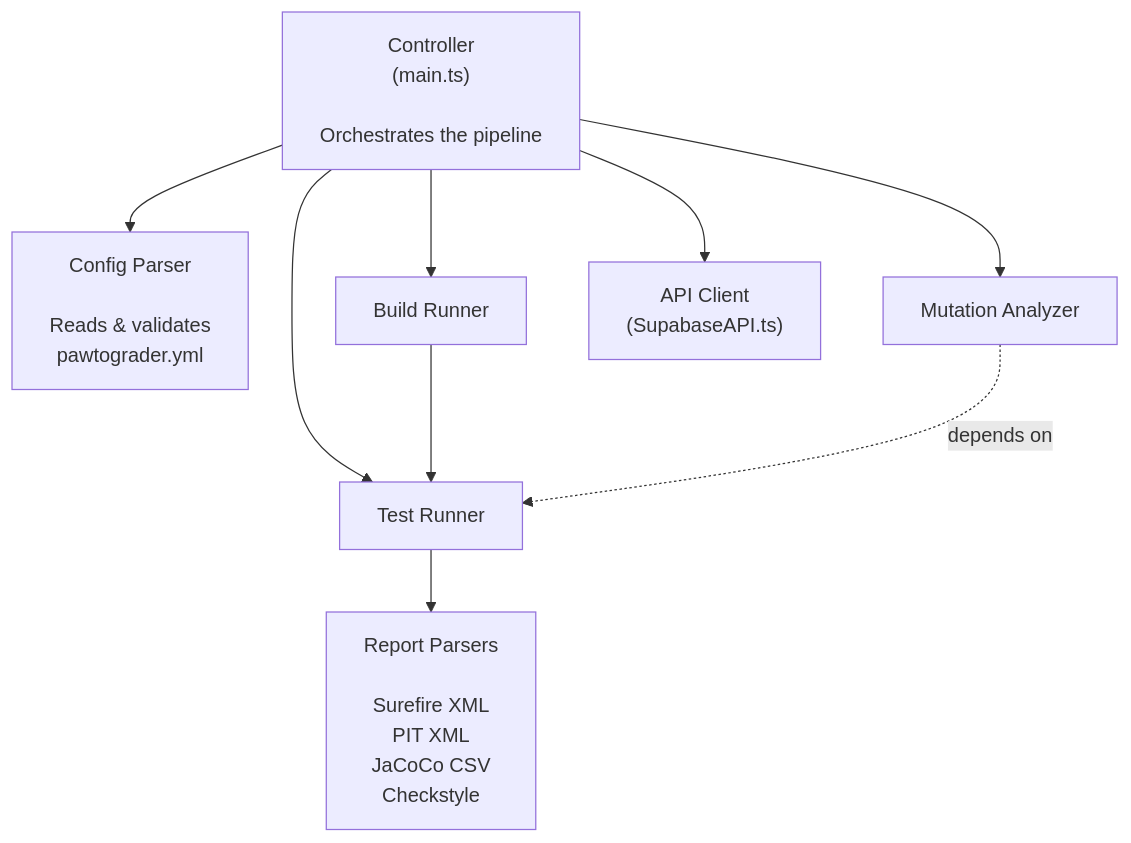
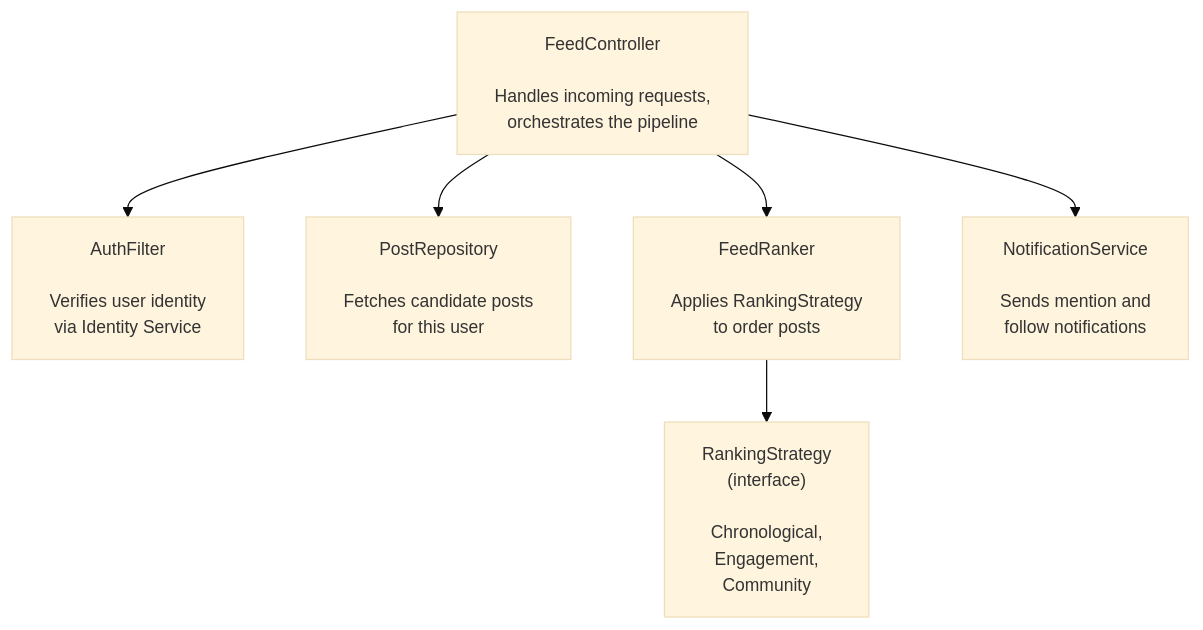
Before and after one commit to neu-pdi/cs3100-public-resources: the seventh of 8 diagrams in lecture-slides-spertus/l18-architecture-design.mdx, drawn with Mermaid. The commit also changed other lines of this file, not shown here.

````diff
--- a/lecture-slides-spertus/l18-architecture-design.mdx
+++ b/lecture-slides-spertus/l18-architecture-design.mdx
@@ -1393,15 +1167,12 @@
 ```mermaid
+%%{init: {'theme': 'base', 'themeVariables': { 'fontSize': '14px' }}}%%
 graph TD
-    Controller["Controller<br/>(main.ts)<br/><br/>Orchestrates the pipeline"]
+    Controller["FeedController<br/><br/>Handles incoming requests,<br/>orchestrates the pipeline"]
 
-    Controller --> ConfigParser["Config Parser<br/><br/>Reads & validates<br/>pawtograder.yml"]
-    Controller --> BuildRunner[Build Runner]
-    Controller --> TestRunner[Test Runner]
-    Controller --> MutationAnalyzer[Mutation Analyzer]
-    Controller --> APIClient["API Client<br/>(SupabaseAPI.ts)"]
+    Controller --> Auth["AuthFilter<br/><br/>Verifies user identity<br/>via Identity Service"]
+    Controller --> Repo["PostRepository<br/><br/>Fetches candidate posts<br/>for this user"]
+    Controller --> Ranker["FeedRanker<br/><br/>Applies RankingStrategy<br/>to order posts"]
+    Controller --> Notifier["NotificationService<br/><br/>Sends mention and<br/>follow notifications"]
 
-    BuildRunner --> TestRunner
-    MutationAnalyzer -.->|depends on| TestRunner
-
-    TestRunner --> ReportParsers["Report Parsers<br/><br/>Surefire XML<br/>PIT XML<br/>JaCoCo CSV<br/>Checkstyle"]
+    Ranker --> Strategy["RankingStrategy<br/>(interface)<br/><br/>Chronological,<br/>Engagement,<br/>Community"]
 ```
````
